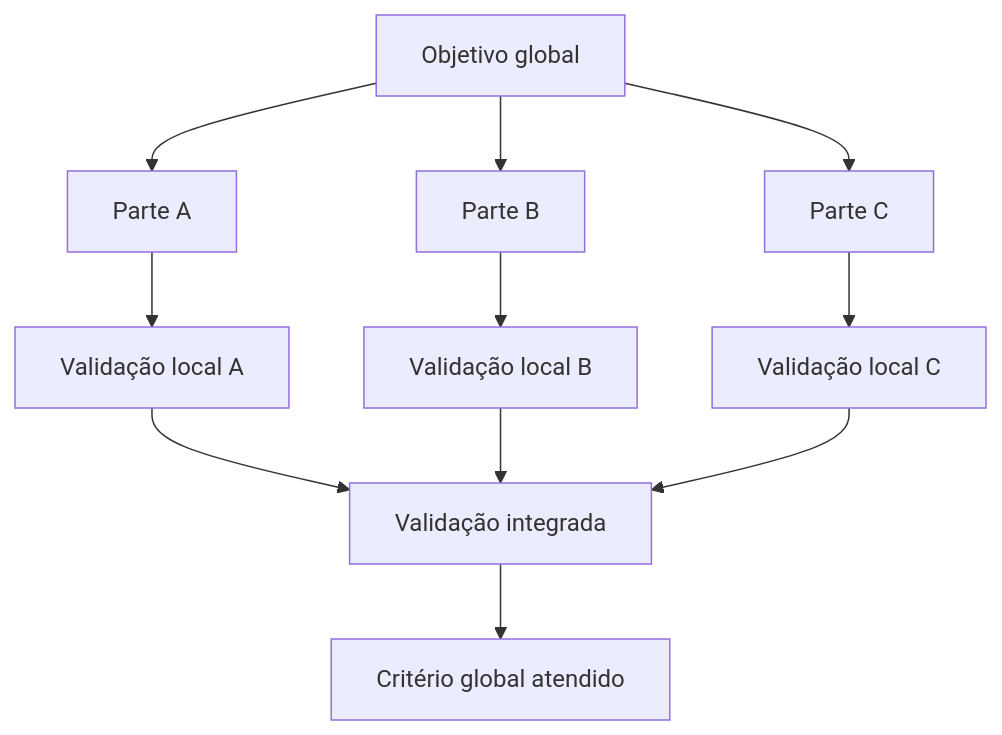
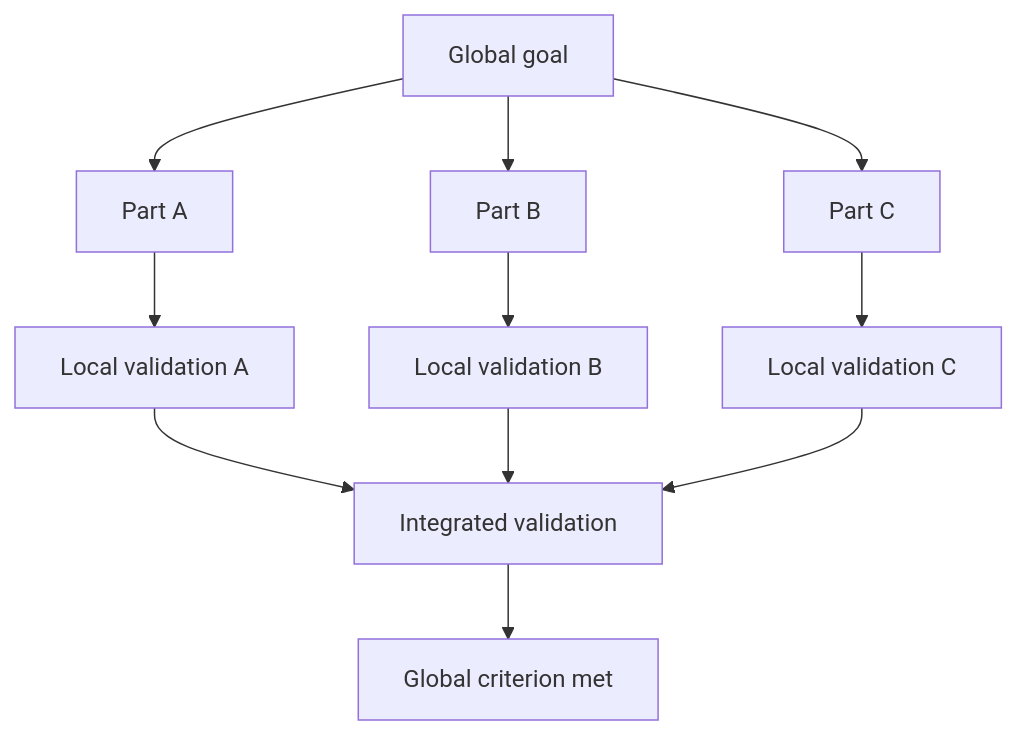
Before and after one commit to rpelizza/PelizzAI: the fifth of 6 diagrams in .claude/skills/pelizzai-reasoning/techniques/structured-decomposition.md, drawn with Mermaid. The commit also changed other lines of this file and 362 other files, not shown here.

````diff
--- a/.claude/skills/pelizzai-reasoning/techniques/structured-decomposition.md
+++ b/.claude/skills/pelizzai-reasoning/techniques/structured-decomposition.md
@@ -577,16 +577,16 @@
 ```mermaid
 flowchart TD
-    A[Objetivo global] --> B[Parte A]
-    A --> C[Parte B]
-    A --> D[Parte C]
+    A[Global goal] --> B[Part A]
+    A --> C[Part B]
+    A --> D[Part C]
 
-    B --> E[Validação local A]
-    C --> F[Validação local B]
-    D --> G[Validação local C]
+    B --> E[Local validation A]
+    C --> F[Local validation B]
+    D --> G[Local validation C]
 
-    E --> H[Validação integrada]
+    E --> H[Integrated validation]
     F --> H
     G --> H
 
-    H --> I[Critério global atendido]
+    H --> I[Global criterion met]
 ```
````
